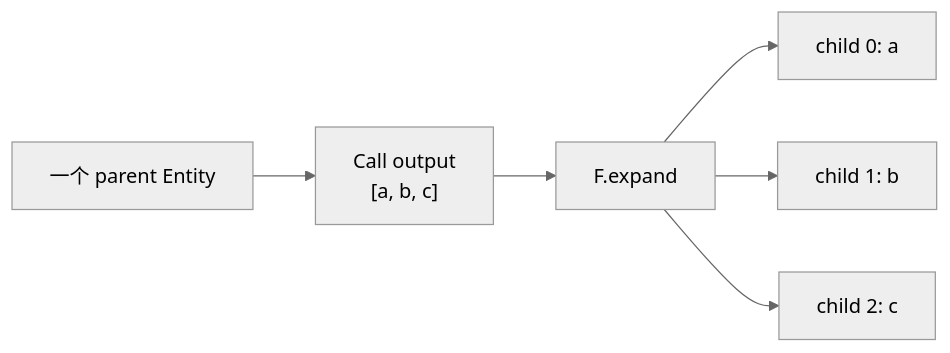
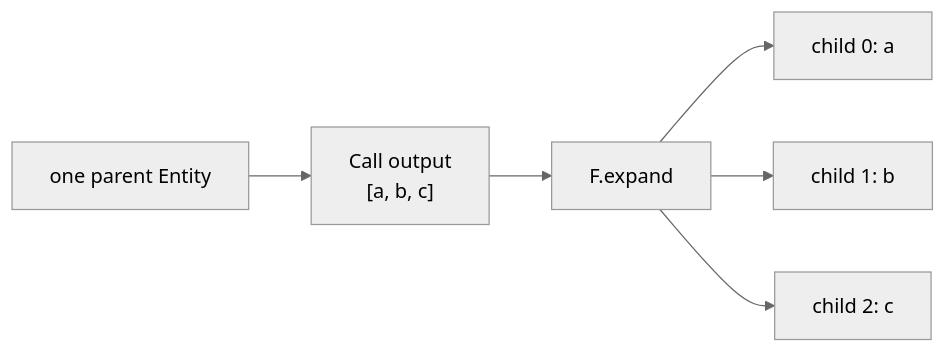
One commit to OpenDCAI/RayOrch changed the eighth of 24 diagrams in docs/multigrain_v3_6_getting_started.md. Above: the diagram before and after it, drawn with Mermaid (neutral theme). The commit also changed other lines of this file and 31 other files, not shown here.

Commit message:
docs(v3.6): publish bilingual architecture guides

````diff
--- a/docs/multigrain_v3_6_getting_started.md
+++ b/docs/multigrain_v3_6_getting_started.md
@@ -804,14 +1219,14 @@
 ```mermaid
 flowchart LR
-    Parent["一个 parent Entity"]
+    Parent["one parent Entity"]
     Group["Call output<br/>[a, b, c]"]
     Expand["F.expand"]
     A["child 0: a"]
     B["child 1: b"]
     C["child 2: c"]
 
     Parent --> Group --> Expand
     Expand --> A
     Expand --> B
     Expand --> C
 ```
````
